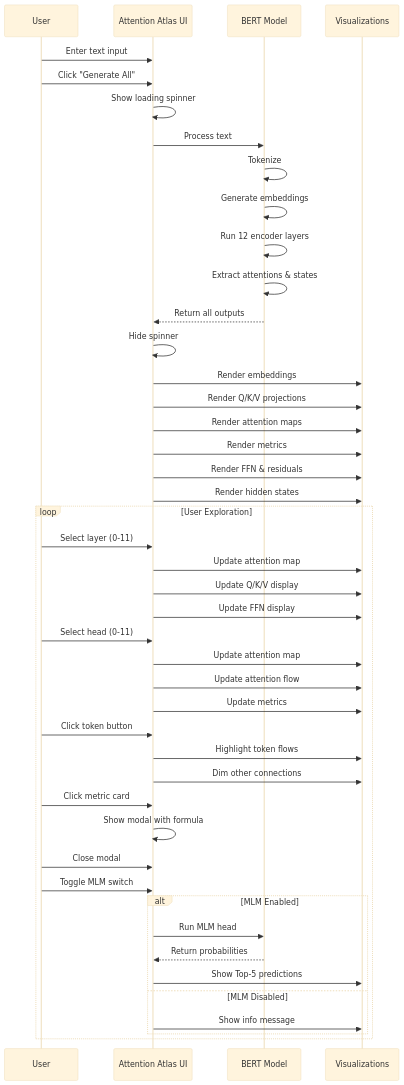
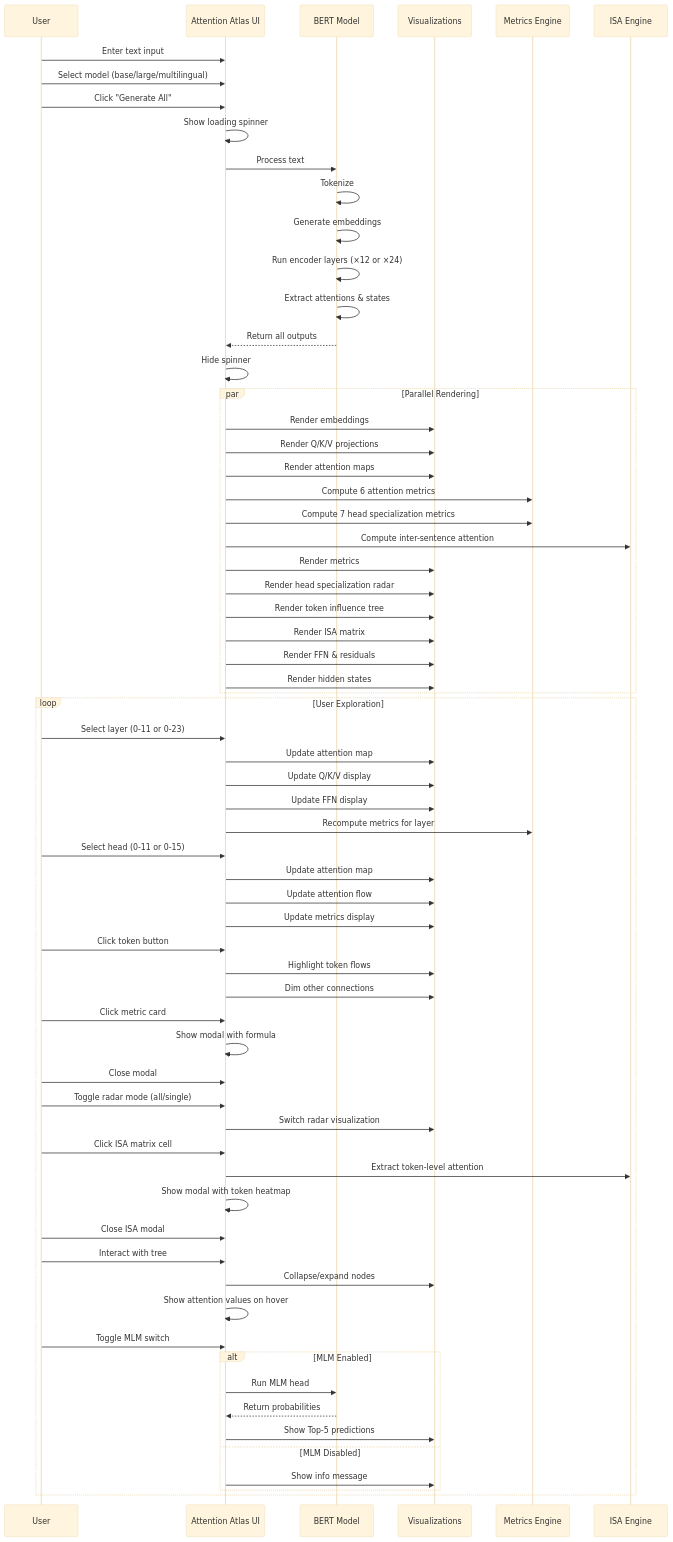
Before and after one commit to pinthoz/attention-atlas: the third of 4 diagrams in APP_VISUALIZATION.md, drawn with Mermaid (base theme). The commit also changed other lines of this file and 5 other files, not shown here.

First line of the commit message:
Expand app documentation and visualization features

````diff
--- a/APP_VISUALIZATION.md
+++ b/APP_VISUALIZATION.md
@@ -137,53 +201,78 @@
 ```mermaid
 sequenceDiagram
     participant User
     participant UI as Attention Atlas UI
     participant BERT as BERT Model
     participant Viz as Visualizations
+    participant Metrics as Metrics Engine
+    participant ISA as ISA Engine
 
     User->>UI: Enter text input
+    User->>UI: Select model (base/large/multilingual)
     User->>UI: Click "Generate All"
     UI->>UI: Show loading spinner
     UI->>BERT: Process text
     BERT->>BERT: Tokenize
     BERT->>BERT: Generate embeddings
-    BERT->>BERT: Run 12 encoder layers
+    BERT->>BERT: Run encoder layers (×12 or ×24)
     BERT->>BERT: Extract attentions & states
     BERT-->>UI: Return all outputs
     UI->>UI: Hide spinner
-    UI->>Viz: Render embeddings
-    UI->>Viz: Render Q/K/V projections
-    UI->>Viz: Render attention maps
-    UI->>Viz: Render metrics
-    UI->>Viz: Render FFN & residuals
-    UI->>Viz: Render hidden states
+    
+    par Parallel Rendering
+        UI->>Viz: Render embeddings
+        UI->>Viz: Render Q/K/V projections
+        UI->>Viz: Render attention maps
+        UI->>Metrics: Compute 6 attention metrics
+        UI->>Metrics: Compute 7 head specialization metrics
+        UI->>ISA: Compute inter-sentence attention
+        UI->>Viz: Render metrics
+        UI->>Viz: Render head specialization radar
+        UI->>Viz: Render token influence tree
+        UI->>Viz: Render ISA matrix
+        UI->>Viz: Render FFN & residuals
+        UI->>Viz: Render hidden states
+    end
 
     loop User Exploration
-        User->>UI: Select layer (0-11)
+        User->>UI: Select layer (0-11 or 0-23)
         UI->>Viz: Update attention map
         UI->>Viz: Update Q/K/V display
         UI->>Viz: Update FFN display
+        UI->>Metrics: Recompute metrics for layer
 
-        User->>UI: Select head (0-11)
+        User->>UI: Select head (0-11 or 0-15)
         UI->>Viz: Update attention map
         UI->>Viz: Update attention flow
-        UI->>Viz: Update metrics
+        UI->>Viz: Update metrics display
 
         User->>UI: Click token button
         UI->>Viz: Highlight token flows
         UI->>Viz: Dim other connections
 
         User->>UI: Click metric card
         UI->>UI: Show modal with formula
         User->>UI: Close modal
+
+        User->>UI: Toggle radar mode (all/single)
+        UI->>Viz: Switch radar visualization
+
+        User->>UI: Click ISA matrix cell
+        UI->>ISA: Extract token-level attention
+        UI->>UI: Show modal with token heatmap
+        User->>UI: Close ISA modal
+
+        User->>UI: Interact with tree
+        UI->>Viz: Collapse/expand nodes
+        UI->>UI: Show attention values on hover
 
         User->>UI: Toggle MLM switch
         alt MLM Enabled
             UI->>BERT: Run MLM head
             BERT-->>UI: Return probabilities
             UI->>Viz: Show Top-5 predictions
         else MLM Disabled
             UI->>Viz: Show info message
         end
     end
 ```
````
